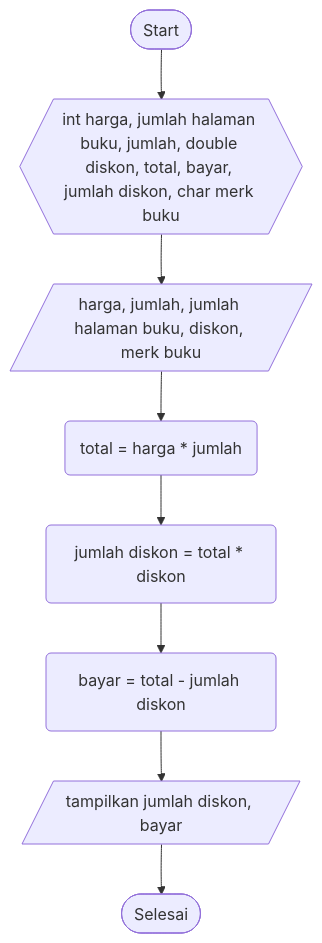
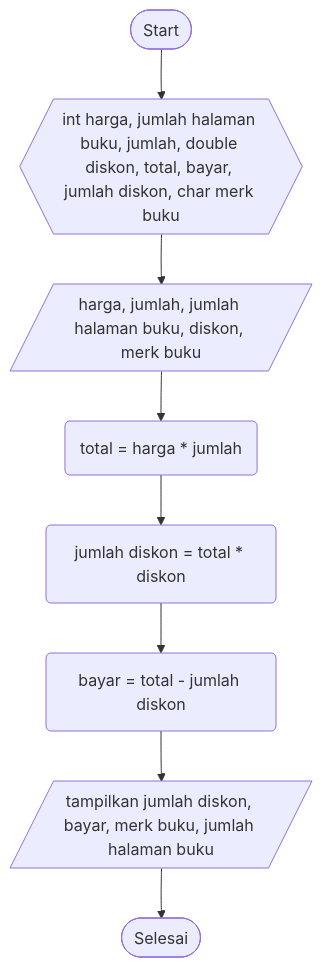
One commit to SATRIODIANNUGROHO/Sample2.1 changed the diagram in justforfun3.md. Above: the diagram before and after it, drawn with Mermaid.

````diff
--- a/justforfun3.md
+++ b/justforfun3.md
@@ -3,10 +3,10 @@
 ```mermaid
 graph TD;
     A([Start])-->B{{int harga, jumlah halaman buku, jumlah, double diskon, total, bayar, jumlah diskon, char merk buku}};
     B{{int harga, jumlah halaman buku, jumlah, double diskon, total, bayar, jumlah diskon, char merk buku}}-->C[/harga, jumlah, jumlah halaman buku, diskon, merk buku/];
     C[/harga, jumlah, jumlah halaman buku, diskon, merk buku/]-->D(total = harga * jumlah);
     D(total = harga * jumlah)-->E(jumlah diskon = total * diskon);
     E(jumlah diskon = total * diskon)-->F(bayar = total - jumlah diskon);
-    F(bayar = total - jumlah diskon)-->G[/tampilkan jumlah diskon, bayar/];
-    G[/tampilkan jumlah diskon, bayar/]-->H([Selesai]);
+    F(bayar = total - jumlah diskon)-->G[/tampilkan jumlah diskon, bayar, merk buku, jumlah halaman buku/];
+    G[/tampilkan jumlah diskon, bayar, merk buku, jumlah halaman buku/]-->H([Selesai]);
 ```
````
